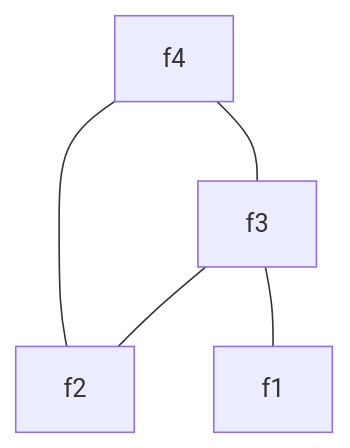
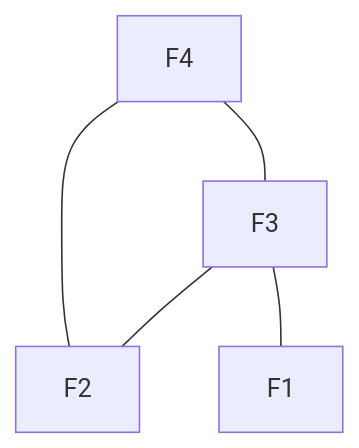
Before and after one commit to bfeitknecht/vault: the diagram in wiki/dynamic programming.md, drawn with Mermaid. The commit also changed other lines of this file and 3 other files, not shown here.

````diff
--- a/wiki/dynamic programming.md
+++ b/wiki/dynamic programming.md
@@ -6,6 +8,6 @@
 ```mermaid
 flowchart TD
 
-f4 --- f2 & f3
-f3 --- f1 & f2
+F4 --- F2 & F3
+F3 --- F1 & F2
 ```
````
